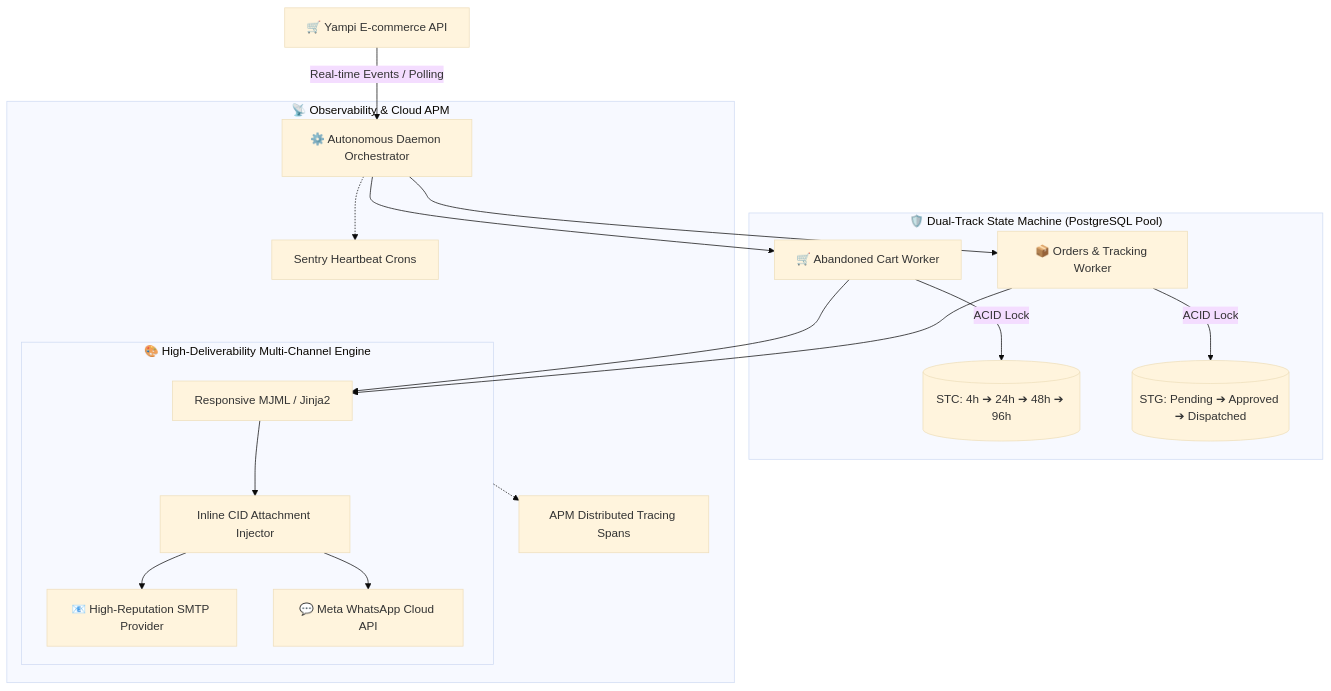
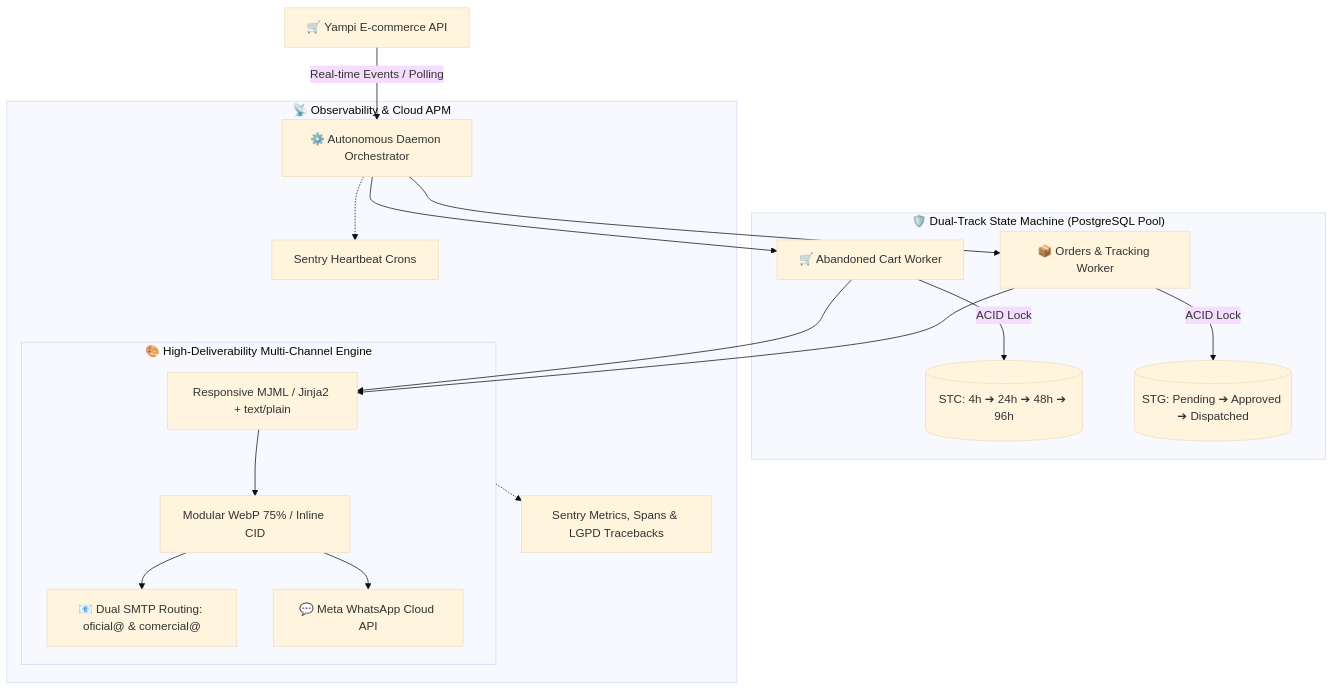
The diagram in README.md (LucasDuarte026/message_integration_YAMPI), drawn with Mermaid (base theme) before and after one commit. The commit also changed other lines of this file and 90 other files, not shown here.

First line of the commit message:
feat(email,telemetry): entregabilidade RFC, roteamento dual SMTP e telemetria Sentry v6.7.0

````diff
--- a/README.md
+++ b/README.md
@@ -34,25 +34,25 @@
 ```mermaid
 flowchart TD
     YampiAPI[🛒 Yampi E-commerce API] -->|Real-time Events / Polling| Daemon[⚙️ Autonomous Daemon Orchestrator]
     
     Daemon --> WorkerCart[🛒 Abandoned Cart Worker]
     Daemon --> WorkerOrder[📦 Orders & Tracking Worker]
     
     subgraph StateMachine["🛡️ Dual-Track State Machine (PostgreSQL Pool)"]
         WorkerCart -->|ACID Lock| STC[(STC: 4h ➔ 24h ➔ 48h ➔ 96h)]
         WorkerOrder -->|ACID Lock| STG[(STG: Pending ➔ Approved ➔ Dispatched)]
     end
     
     subgraph DeliveryEngine["🎨 High-Deliverability Multi-Channel Engine"]
-        WorkerCart --> MJML[Responsive MJML / Jinja2]
+        WorkerCart --> MJML[Responsive MJML / Jinja2 + text/plain]
         WorkerOrder --> MJML
-        MJML --> CID[Inline CID Attachment Injector]
-        CID --> SMTP[📧 High-Reputation SMTP Provider]
+        MJML --> CID[Modular WebP 75% / Inline CID]
+        CID --> SMTP[📧 Dual SMTP Routing: oficial@ & comercial@]
         CID --> WhatsApp[💬 Meta WhatsApp Cloud API]
     end
     
     subgraph Observability["📡 Observability & Cloud APM"]
         Daemon -.-> SentryCrons[Sentry Heartbeat Crons]
-        DeliveryEngine -.-> SentryTracing[APM Distributed Tracing Spans]
+        DeliveryEngine -.-> SentryTracing[Sentry Metrics, Spans & LGPD Tracebacks]
     end
 ```
````
